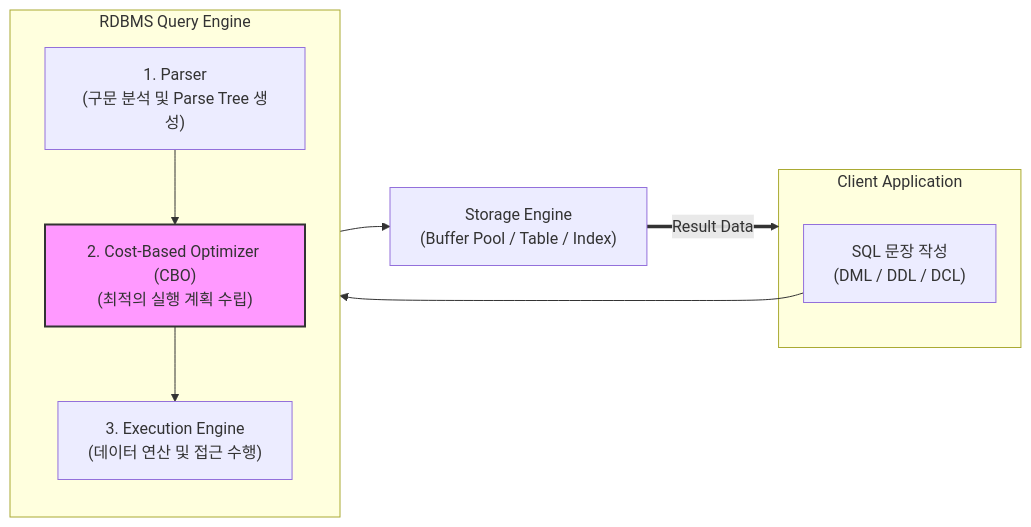
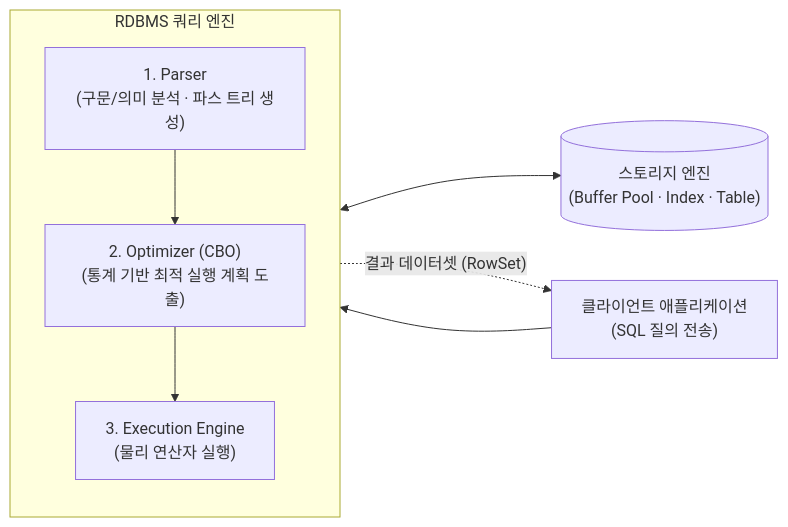
The diagram in content/01_IT Tech/SQL(Structured Query Language).md (supremethumb/supremethumb.github.io), drawn with Mermaid before and after one commit. The commit also changed other lines of this file and 362 other files, not shown here.

````diff
--- a/content/01_IT Tech/SQL(Structured Query Language).md
+++ b/content/01_IT Tech/SQL(Structured Query Language).md
@@ -27,25 +37,19 @@
 ```mermaid
 flowchart LR
-    subgraph Client["Client Application"]
-        Query["SQL 문장 작성<br/>(DML / DDL / DCL)"]
+    Client["클라이언트 애플리케이션<br/>(SQL 질의 전송)"]
+    
+    subgraph Engine ["RDBMS 쿼리 엔진"]
+        direction TB
+        Parser["1. Parser<br/>(구문/의미 분석 · 파스 트리 생성)"]
+        Optimizer["2. Optimizer (CBO)<br/>(통계 기반 최적 실행 계획 도출)"]
+        Executor["3. Execution Engine<br/>(물리 연산자 실행)"]
+        
+        Parser --> Optimizer --> Executor
     end
 
-    subgraph RDBMS["RDBMS Query Engine"]
-        direction TB
-        Parser["1. Parser<br/>(구문 분석 및 Parse Tree 생성)"]
-        Optimizer["2. Cost-Based Optimizer (CBO)<br/>(최적의 실행 계획 수립)"]
-        Executor["3. Execution Engine<br/>(데이터 연산 및 접근 수행)"]
-        
-        Parser --> Optimizer
-        Optimizer --> Executor
-    end
+    Storage[("스토리지 엔진<br/>(Buffer Pool · Index · Table)")]
 
-    Storage["Storage Engine<br/>(Buffer Pool / Table / Index)"]
-
-    Query --> Parser
-    Executor --> Storage
-    Storage ==>|Result Data| Client
-
-    style Optimizer fill:#f9f,stroke:#333,stroke-width:2px
-
+    Client --> Engine
+    Executor <--> Storage
+    Executor -. "결과 데이터셋 (RowSet)" .-> Client
 ```
````
